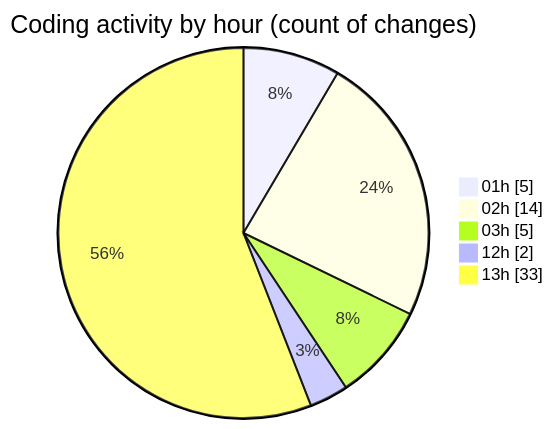
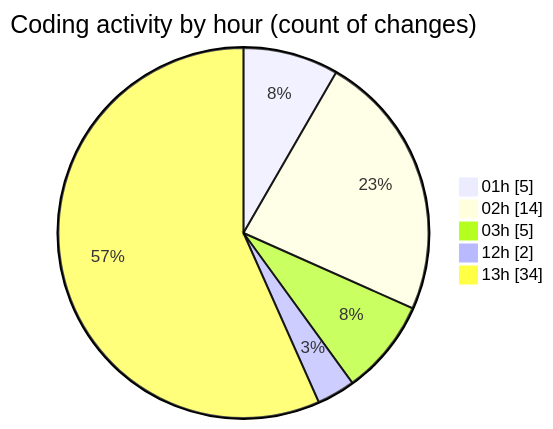
One commit to julien-gomy/code-tracking changed the second of 2 diagrams in 2025-10-23/eventscop-frontend-guide__workspace_/README.md. Above: the diagram before and after it, drawn with Mermaid. The commit also changed other lines of this file and 1 other file, not shown here.

````diff
--- a/2025-10-23/eventscop-frontend-guide__workspace_/README.md
+++ b/2025-10-23/eventscop-frontend-guide__workspace_/README.md
@@ -43,9 +43,9 @@
 ```mermaid
 pie showData
 title Coding activity by hour (count of changes)
 "01h" : 5
 "02h" : 14
 "03h" : 5
 "12h" : 2
-"13h" : 33
+"13h" : 34
 ```
````
